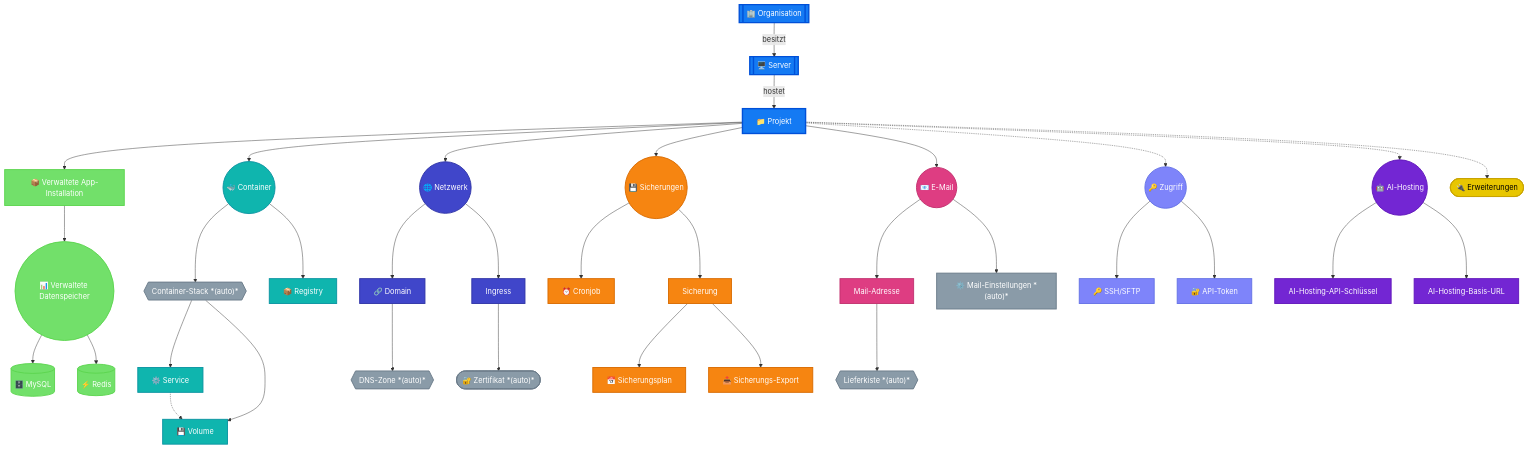
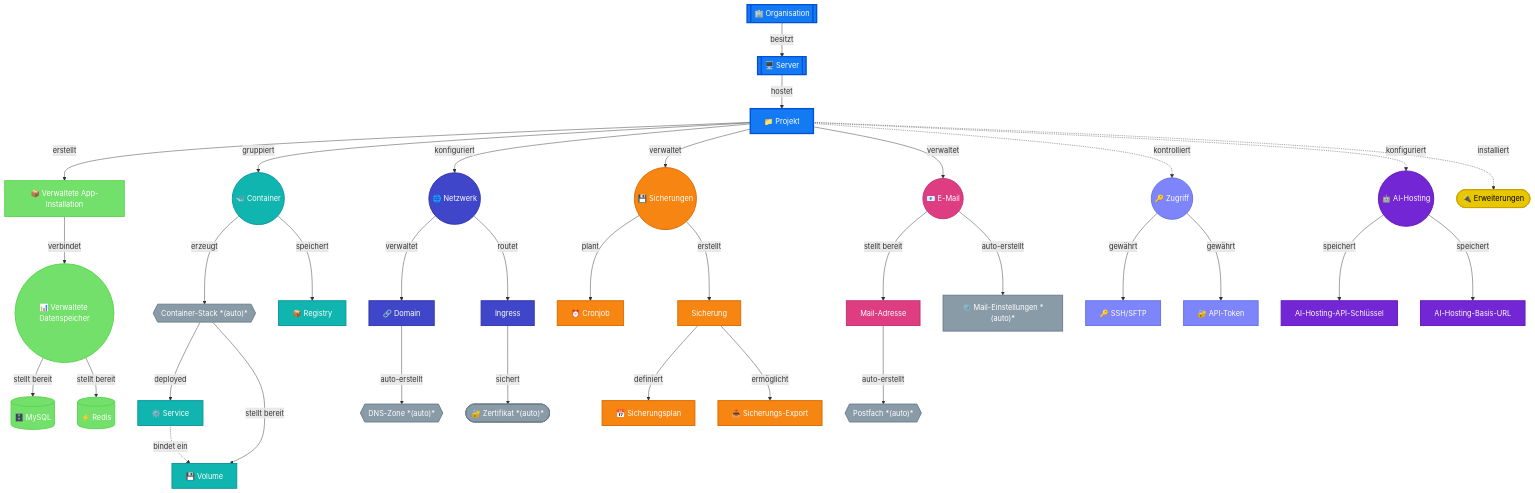
One commit to mittwald/developer-portal changed the diagram in i18n/de/docusaurus-plugin-content-docs/current/platform/overview.mdx. Above: the diagram before and after it, drawn with Mermaid. The commit also changed other lines of this file and 2 other files, not shown here.

Commit message:
remove unused id, add verbs to relations

```diff
--- a/i18n/de/docusaurus-plugin-content-docs/current/platform/overview.mdx
+++ b/i18n/de/docusaurus-plugin-content-docs/current/platform/overview.mdx
@@ -59,7 +58,7 @@
     BACKUPEXPORT["📥 Sicherungs-Export"]
     
     MAILADDR["Mail-Adresse"]
-    DELIVERYBOX{{"Lieferkiste *(auto)*"}}
+    DELIVERYBOX{{"Postfach *(auto)*"}}
     MAILSETTINGS["⚙️ Mail-Einstellungen *(auto)*"]
     
     SSHSFTP["🔑 SSH/SFTP"]
@@ -71,44 +70,44 @@
     ORG -->|besitzt| SERVER
     SERVER -->|hostet| PROJECT
 
-    PROJECT --> APP
-    PROJECT --> CONTAINERS
-    PROJECT --> NETWORKING
-    PROJECT --> BACKUPS
-    PROJECT --> MAIL
-    PROJECT -.-> ACCESS
-    PROJECT -.-> AIHOST
-    PROJECT -.-> EXTENSIONS
+    PROJECT -->|erstellt| APP
+    PROJECT -->|gruppiert| CONTAINERS
+    PROJECT -->|konfiguriert| NETWORKING
+    PROJECT -->|verwaltet| BACKUPS
+    PROJECT -->|verwaltet| MAIL
+    PROJECT -.->|kontrolliert| ACCESS
+    PROJECT -.->|konfiguriert| AIHOST
+    PROJECT -.->|installiert| EXTENSIONS
 
-    APP --> DATASTORES
-    DATASTORES --> MYSQL
-    DATASTORES --> REDIS
+    APP -->|verbindet| DATASTORES
+    DATASTORES -->|stellt bereit| MYSQL
+    DATASTORES -->|stellt bereit| REDIS
 
-    CONTAINERS --> STACK
-    CONTAINERS --> REGISTRY
-    STACK --> SERVICE
-    STACK --> VOLUME
-    SERVICE -.-> VOLUME
+    CONTAINERS -->|erzeugt| STACK
+    CONTAINERS -->|speichert| REGISTRY
+    STACK -->|deployed| SERVICE
+    STACK -->|stellt bereit| VOLUME
+    SERVICE -.->|bindet ein| VOLUME
 
-    NETWORKING --> DOMAIN
-    NETWORKING --> INGRESS
-    DOMAIN --> DNSZONE
-    INGRESS --> CERT
+    NETWORKING -->|verwaltet| DOMAIN
+    NETWORKING -->|routet| INGRESS
+    DOMAIN -->|auto-erstellt| DNSZONE
+    INGRESS -->|sichert| CERT
 
-    BACKUPS --> CRONJOB
-    BACKUPS --> BACKUP
-    BACKUP --> BACKUPSCHED
-    BACKUP --> BACKUPEXPORT
+    BACKUPS -->|plant| CRONJOB
+    BACKUPS -->|erstellt| BACKUP
+    BACKUP -->|definiert| BACKUPSCHED
+    BACKUP -->|ermöglicht| BACKUPEXPORT
 
-    MAIL --> MAILADDR
-    MAILADDR --> DELIVERYBOX
-    MAIL --> MAILSETTINGS
+    MAIL -->|stellt bereit| MAILADDR
+    MAILADDR -->|auto-erstellt| DELIVERYBOX
+    MAIL -->|auto-erstellt| MAILSETTINGS
 
-    ACCESS --> SSHSFTP
-    ACCESS --> APITOKEN
+    ACCESS -->|gewährt| SSHSFTP
+    ACCESS -->|gewährt| APITOKEN
 
-    AIHOST --> AIHOSTKEY
-    AIHOST --> AIHOST_URL
+    AIHOST -->|speichert| AIHOSTKEY
+    AIHOST -->|speichert| AIHOST_URL
 
     classDef brandOrg fill:#147af3,stroke:#0050d8,color:#fff,stroke-width:3px
     classDef managed fill:#72e06a,stroke:#5cd54f,color:#fff,stroke-width:2px
```
